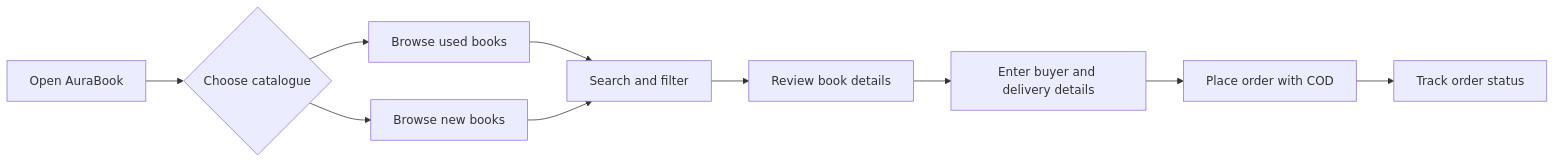
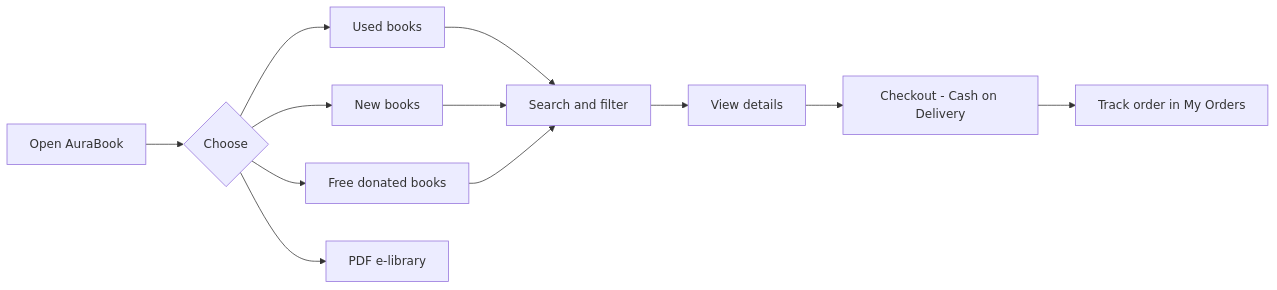
One commit to dhruvprajapati6/AuraBook changed the first of 4 diagrams in README.md. Above: the diagram before and after it, drawn with Mermaid. The commit also changed other lines of this file, not shown here.

````diff
--- a/README.md
+++ b/README.md
@@ -125,12 +98,14 @@
 ```mermaid
 flowchart LR
-    A[Open AuraBook] --> B{Choose catalogue}
-    B --> C[Browse used books]
-    B --> D[Browse new books]
-    C --> E[Search and filter]
-    D --> E
-    E --> F[Review book details]
-    F --> G[Enter buyer and delivery details]
-    G --> H[Place order with COD]
-    H --> I[Track order status]
+    A[Open AuraBook] --> B{Choose}
+    B --> C[Used books]
+    B --> D[New books]
+    B --> E[Free donated books]
+    B --> F[PDF e-library]
+    C --> G[Search and filter]
+    D --> G
+    E --> G
+    G --> H[View details]
+    H --> I[Checkout - Cash on Delivery]
+    I --> J[Track order in My Orders]
 ```
````
